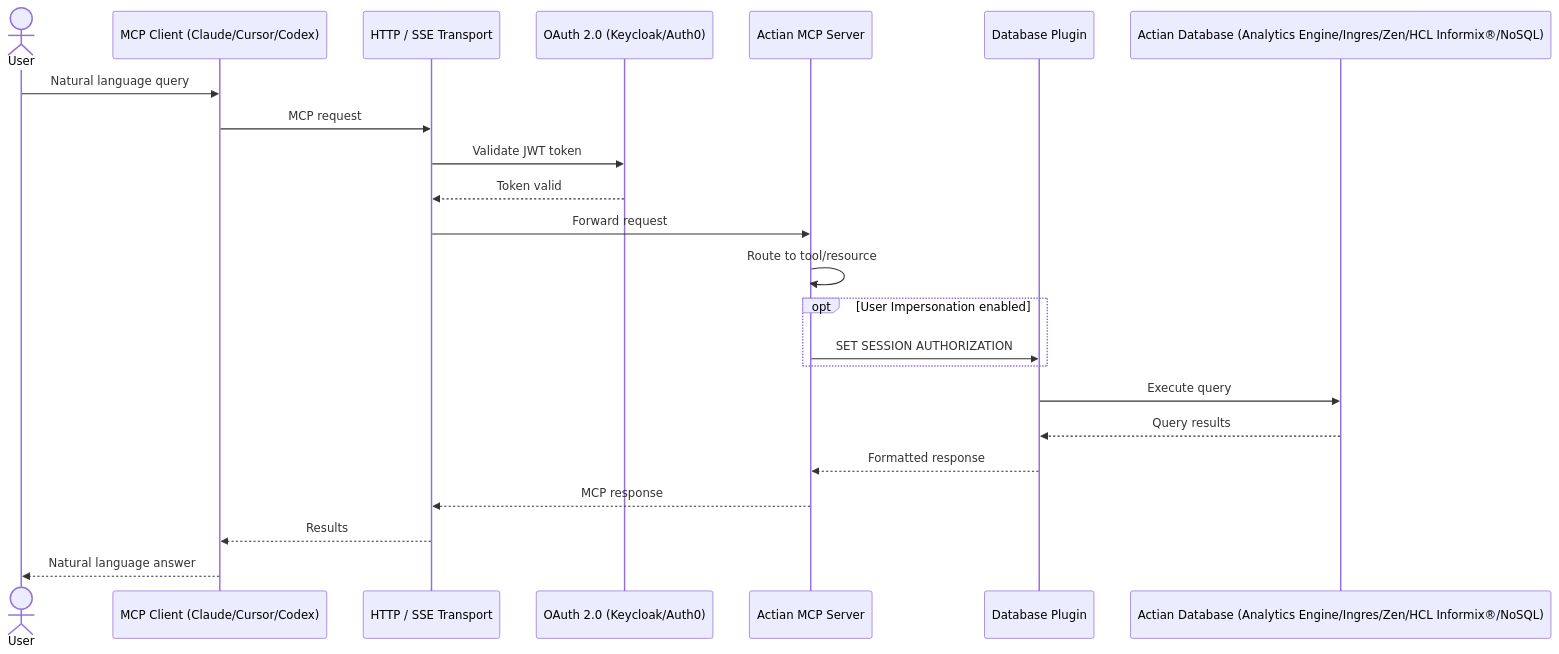
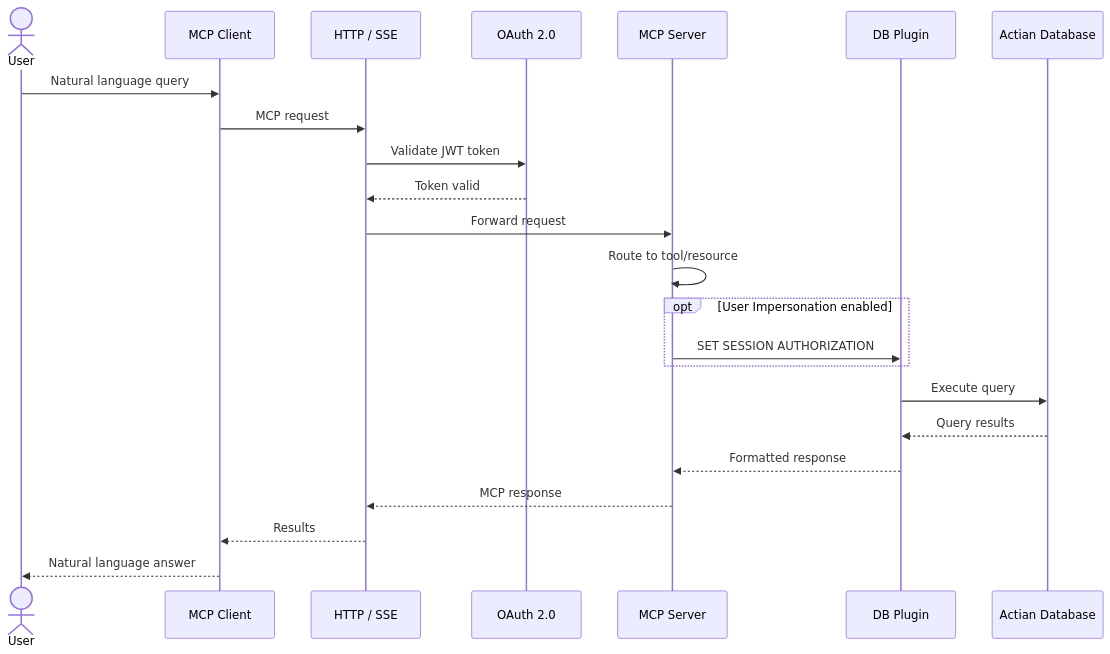
One commit to ActianCorp/mcp-server-docs changed the second of 2 diagrams in docs/intro/index.md. Above: the diagram before and after it, drawn with Mermaid. The commit also changed other lines of this file and 27 other files, not shown here.

````diff
--- a/docs/intro/index.md
+++ b/docs/intro/index.md
@@ -115,31 +121,31 @@
 ```mermaid
-%%{init: {'theme': 'default', 'themeVariables': {'fontSize': '44px', 'fontFamily': 'arial'}}}%%
+%%{init: {'theme': 'default', 'themeVariables': {'fontSize': '28px', 'fontFamily': 'arial'}}}%%
 sequenceDiagram
     actor User
-    participant Client as MCP Client (Claude/Cursor/Codex)
-    participant Transport as HTTP / SSE Transport
-    participant Auth as OAuth 2.0 (Keycloak/Auth0)
-    participant Server as Actian MCP Server
-    participant Plugin as Database Plugin
-    participant DB as Actian Database (Analytics Engine/Ingres/Zen/HCL Informix®/NoSQL)
+    participant Client as MCP Client
+    participant Transport as HTTP / SSE
+    participant Auth as OAuth 2.0
+    participant Server as MCP Server
+    participant Plugin as DB Plugin
+    participant DB as Actian Database
 
     User->>Client: Natural language query
     Client->>Transport: MCP request
 
     Transport->>Auth: Validate JWT token
     Auth-->>Transport: Token valid
 
     Transport->>Server: Forward request
     Server->>Server: Route to tool/resource
 
     opt User Impersonation enabled
         Server->>Plugin: SET SESSION AUTHORIZATION
     end
 
     Plugin->>DB: Execute query
     DB-->>Plugin: Query results
     Plugin-->>Server: Formatted response
     Server-->>Transport: MCP response
     Transport-->>Client: Results
     Client-->>User: Natural language answer
 ```
````
